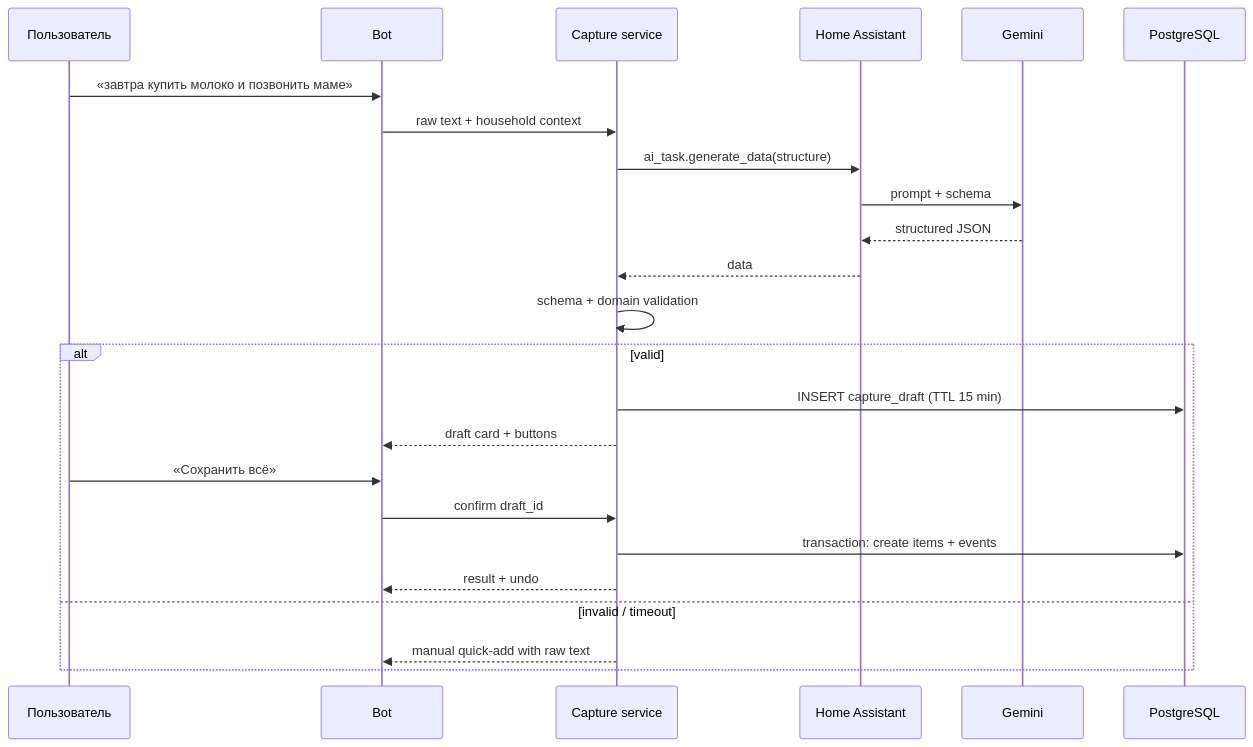
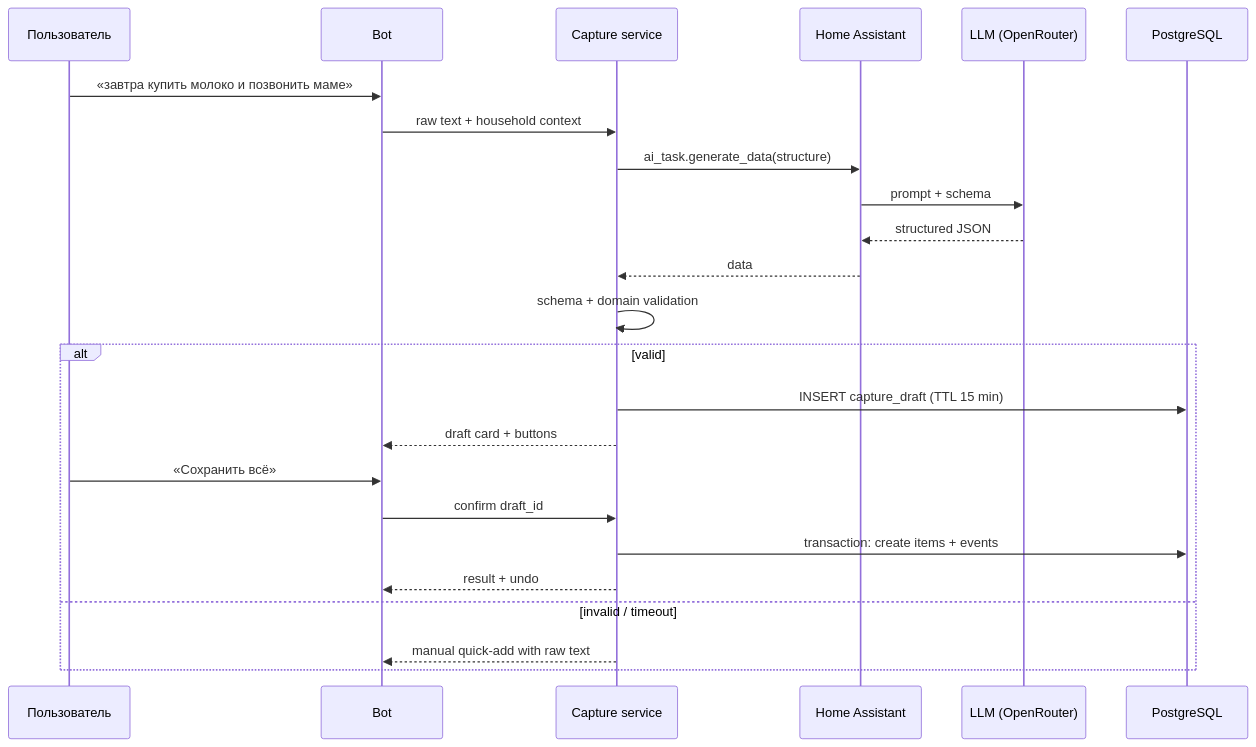
The third of 7 diagrams in docs/architecture.md (StellaLupus/tasklerq), drawn with Mermaid before and after one commit. The commit also changed other lines of this file and 11 other files, not shown here.

````diff
--- a/docs/architecture.md
+++ b/docs/architecture.md
@@ -109,27 +109,27 @@
 ```mermaid
 sequenceDiagram
     participant U as Пользователь
     participant B as Bot
     participant C as Capture service
     participant HA as Home Assistant
-    participant LLM as Gemini
+    participant LLM as LLM (OpenRouter)
     participant DB as PostgreSQL
 
     U->>B: «завтра купить молоко и позвонить маме»
     B->>C: raw text + household context
     C->>HA: ai_task.generate_data(structure)
     HA->>LLM: prompt + schema
     LLM-->>HA: structured JSON
     HA-->>C: data
     C->>C: schema + domain validation
     alt valid
         C->>DB: INSERT capture_draft (TTL 15 min)
         C-->>B: draft card + buttons
         U->>B: «Сохранить всё»
         B->>C: confirm draft_id
         C->>DB: transaction: create items + events
         C-->>B: result + undo
     else invalid / timeout
         C-->>B: manual quick-add with raw text
     end
 ```
````
